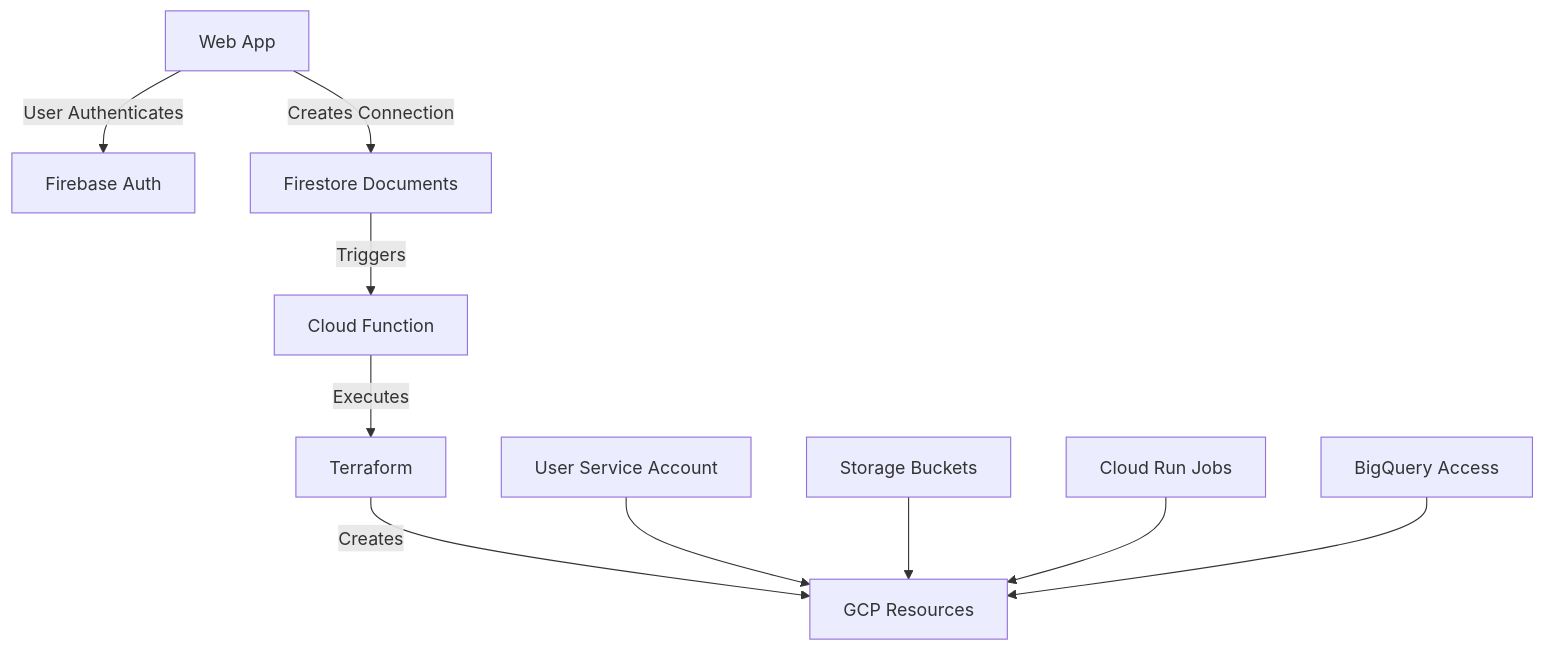
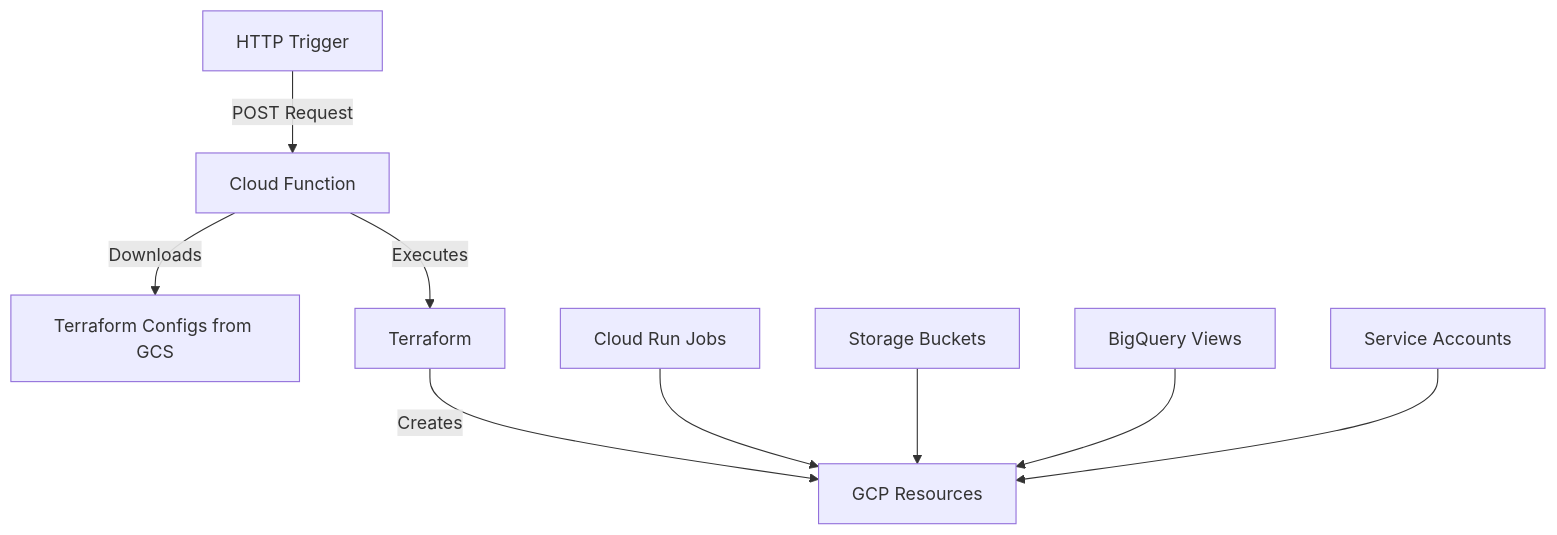
The diagram in readme.md (SEMANTC/semantc-infrastructure-client-specific), drawn with Mermaid before and after one commit. The commit also changed other lines of this file and 4 other files, not shown here.

````diff
--- a/readme.md
+++ b/readme.md
@@ -31,12 +31,11 @@
 ```mermaid
 graph TD
-    A[Web App] -->|User Authenticates| B[Firebase Auth]
-    A -->|Creates Connection| C[Firestore Documents]
-    C -->|Triggers| D[Cloud Function]
-    D -->|Executes| E[Terraform]
-    E -->|Creates| F[GCP Resources]
-    F1[User Service Account] --> F
-    F2[Storage Buckets] --> F
-    F3[Cloud Run Jobs] --> F
-    F4[BigQuery Access] --> F
+    A[HTTP Trigger] -->|POST Request| B[Cloud Function]
+    B -->|Downloads| C[Terraform Configs from GCS]
+    B -->|Executes| D[Terraform]
+    D -->|Creates| E[GCP Resources]
+    E1[Cloud Run Jobs] --> E
+    E2[Storage Buckets] --> E
+    E3[BigQuery Views] --> E
+    E4[Service Accounts] --> E
 ```
````
